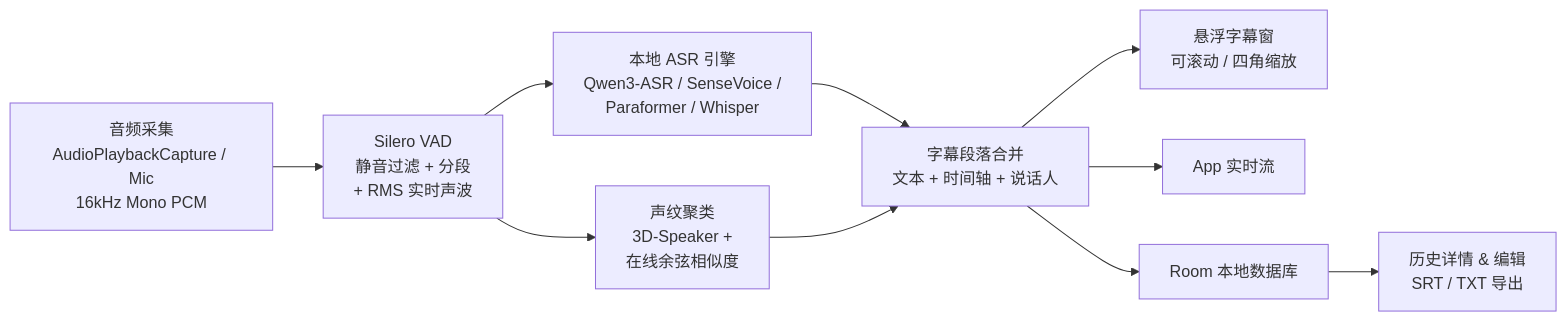
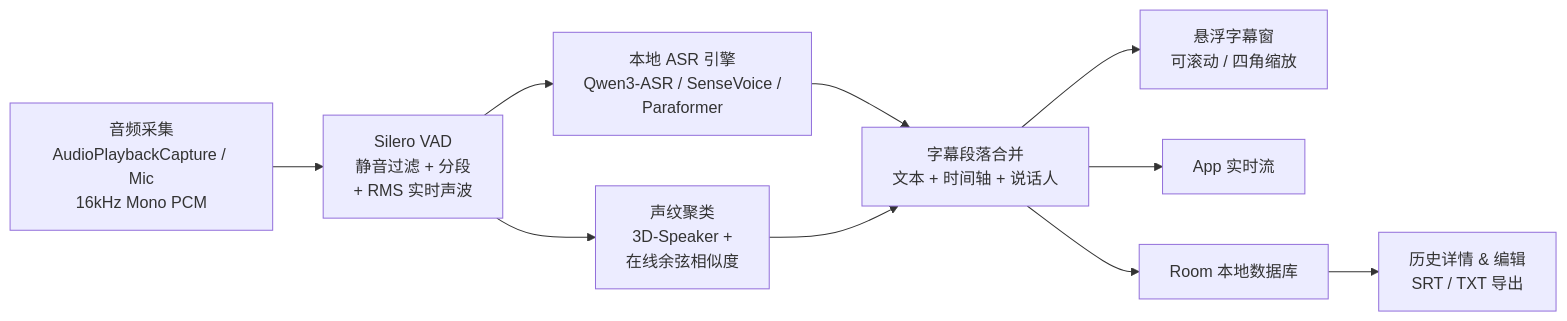
The diagram in README.md (SaitoTommo/Android_Local_Live_Caption), drawn with Mermaid before and after one commit. The commit also changed other lines of this file and 4 other files, not shown here.

````diff
--- a/README.md
+++ b/README.md
@@ -59,12 +58,12 @@
 ```mermaid
 flowchart LR
     A["音频采集<br/>AudioPlaybackCapture / Mic<br/>16kHz Mono PCM"] --> B["Silero VAD<br/>静音过滤 + 分段<br/>+ RMS 实时声波"]
-    B --> C["本地 ASR 引擎<br/>Qwen3-ASR / SenseVoice /<br/>Paraformer / Whisper"]
+    B --> C["本地 ASR 引擎<br/>Qwen3-ASR / SenseVoice /<br/>Paraformer"]
     B --> D["声纹聚类<br/>3D-Speaker +<br/>在线余弦相似度"]
     C --> E["字幕段落合并<br/>文本 + 时间轴 + 说话人"]
     D --> E
     E --> F["悬浮字幕窗<br/>可滚动 / 四角缩放"]
     E --> G["App 实时流"]
     E --> H["Room 本地数据库"]
     H --> I["历史详情 & 编辑<br/>SRT / TXT 导出"]
 ```
````
